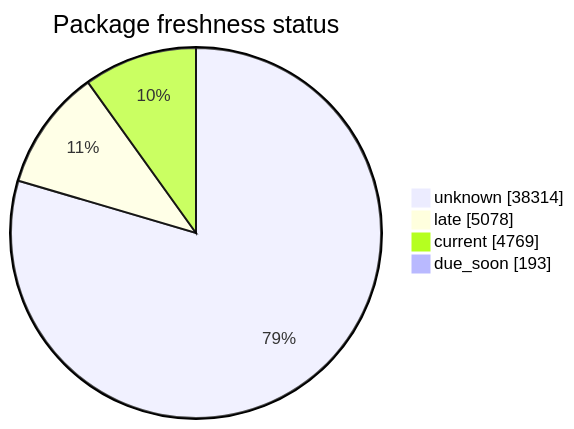
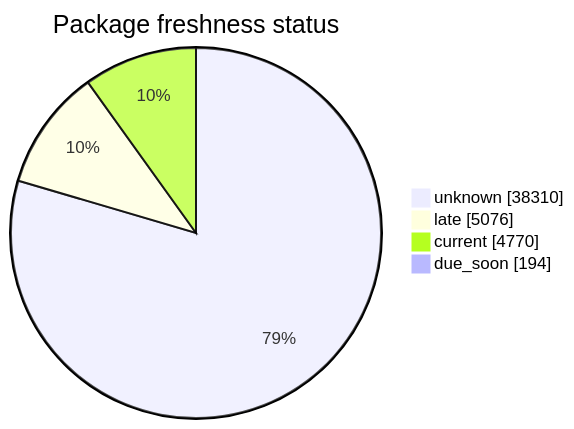
Before and after one commit to open-data/analytics-corporate-reporting: the second of 5 diagrams in FreshCheck/README.md, drawn with Mermaid. The commit also changed other lines of this file and 3 other files, not shown here.

````diff
--- a/FreshCheck/README.md
+++ b/FreshCheck/README.md
@@ -68,7 +68,7 @@
 ```mermaid
 pie showData title Package freshness status
-    "unknown": 38314
-    "late": 5078
-    "current": 4769
-    "due_soon": 193
+    "unknown": 38310
+    "late": 5076
+    "current": 4770
+    "due_soon": 194
 ```
````
